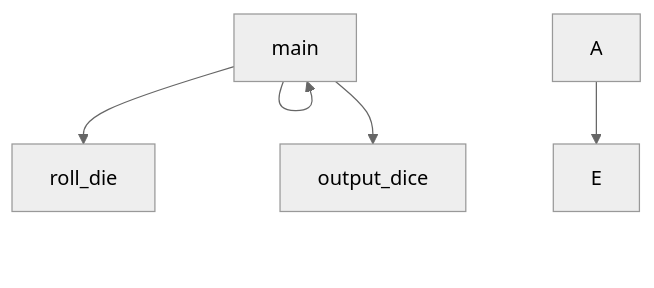
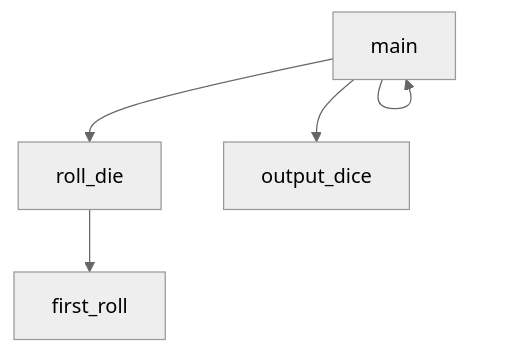
One commit to Oliver-915/Chapter-7-Team-Project changed the diagram in README.md. Above: the diagram before and after it, drawn with Mermaid (neutral theme).

````diff
--- a/README.md
+++ b/README.md
@@ -9,7 +9,7 @@
 ```mermaid
 graph TD;
   main-->roll_die;
   main-->main;
   main-->output_dice;
-  A-->E;
+  roll_die-->first_roll;
 ```
````
